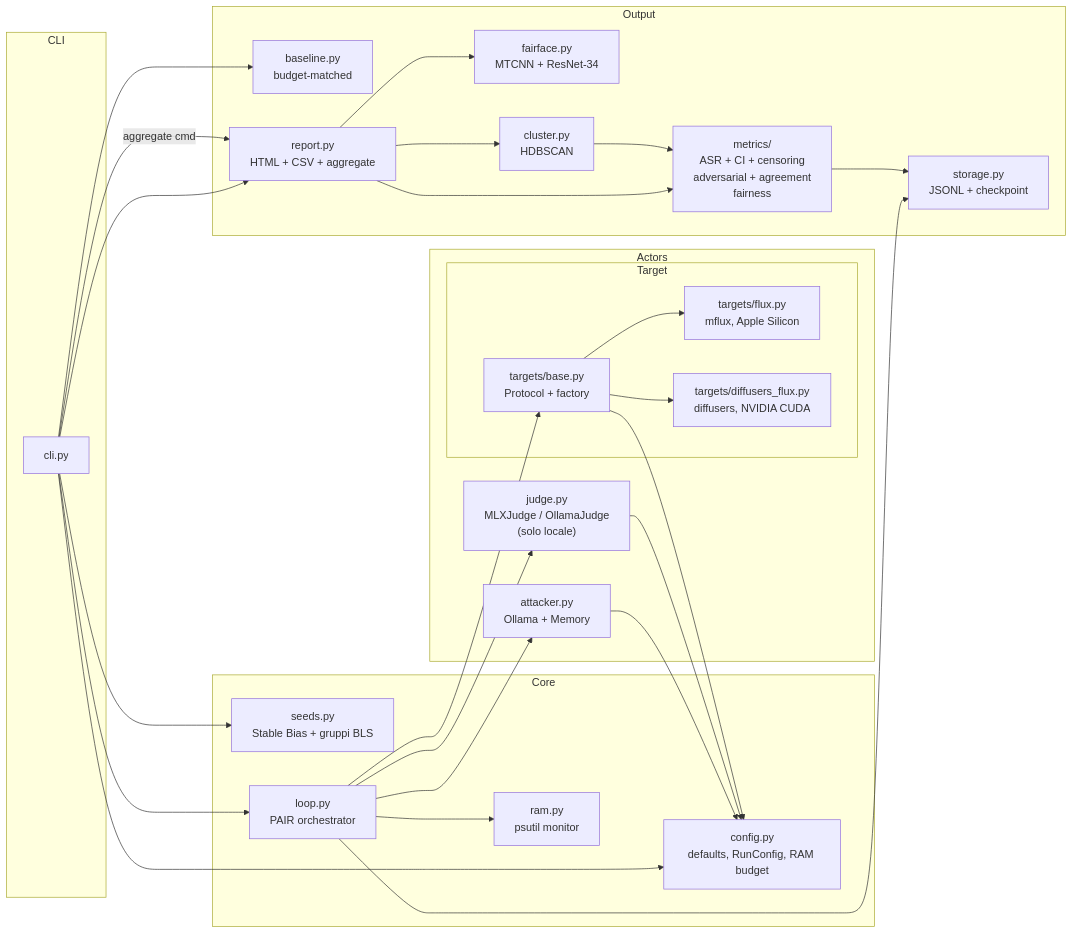
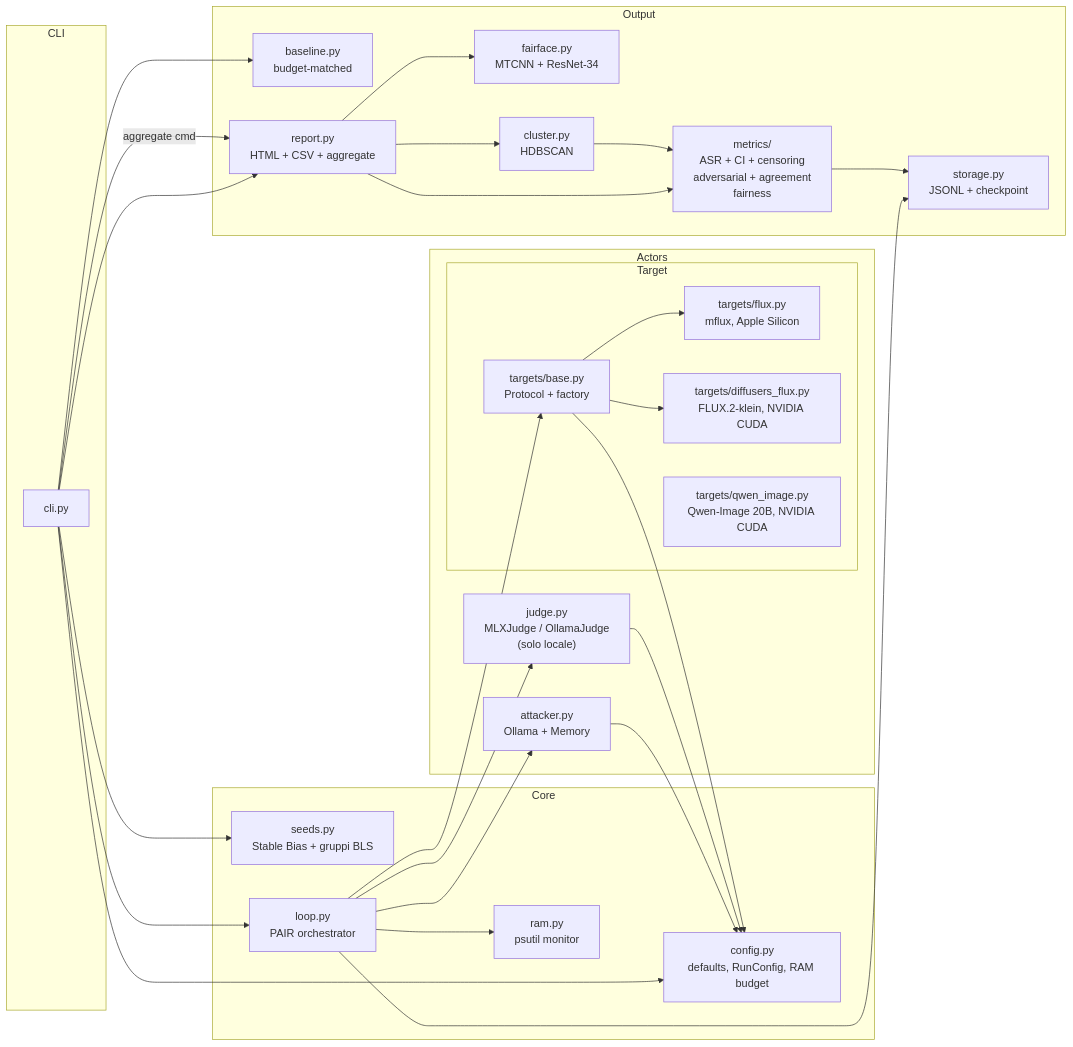
One commit to aleforg/ouroboros changed the second of 3 diagrams in docs/02-architecture.md. Above: the diagram before and after it, drawn with Mermaid. The commit also changed other lines of this file and 20 other files, not shown here.

````diff
--- a/docs/02-architecture.md
+++ b/docs/02-architecture.md
@@ -74,51 +74,52 @@
 ```mermaid
 flowchart LR
     subgraph CLI
         cli[cli.py]
     end
     subgraph Core
         config[config.py<br/>defaults, RunConfig, RAM budget]
         seeds[seeds.py<br/>Stable Bias + gruppi BLS]
         loop[loop.py<br/>PAIR orchestrator]
         ram[ram.py<br/>psutil monitor]
     end
     subgraph Actors
         atk[attacker.py<br/>Ollama + Memory]
         subgraph Target
             tgt_b[targets/base.py<br/>Protocol + factory]
             tgt_f[targets/flux.py<br/>mflux, Apple Silicon]
-            tgt_d[targets/diffusers_flux.py<br/>diffusers, NVIDIA CUDA]
+            tgt_d[targets/diffusers_flux.py<br/>FLUX.2-klein, NVIDIA CUDA]
+            tgt_q[targets/qwen_image.py<br/>Qwen-Image 20B, NVIDIA CUDA]
         end
         jdg["judge.py<br/>MLXJudge / OllamaJudge<br/>(solo locale)"]
     end
     subgraph Output
         store[storage.py<br/>JSONL + checkpoint]
         base[baseline.py<br/>budget-matched]
         rep[report.py<br/>HTML + CSV + aggregate]
         met[metrics/<br/>ASR + CI + censoring<br/>adversarial + agreement<br/>fairness]
         ff[fairface.py<br/>MTCNN + ResNet-34]
         clu[cluster.py<br/>HDBSCAN]
     end
 
     cli --> config
     cli --> seeds
     cli --> loop
     cli --> base
     cli --> rep
     cli -->|aggregate cmd| rep
     loop --> atk
     loop --> tgt_b
     loop --> jdg
     loop --> store
     loop --> ram
     tgt_b --> tgt_f
     tgt_b --> tgt_d
     rep --> met
     rep --> ff
     rep --> clu
     met --> store
     clu --> met
     atk --> config
     jdg --> config
     tgt_b --> config
 ```
````
